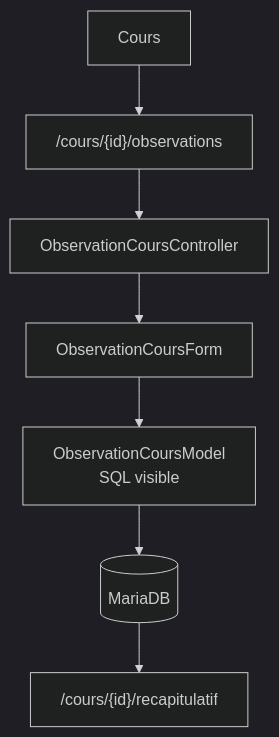
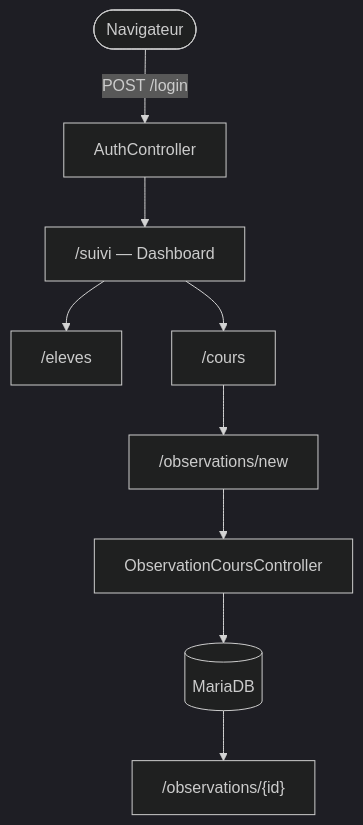
One commit to caucrogeGit/Forge changed the first of 2 diagrams in docs/starter-app-04-suivi-comportement-eleves.md. Above: the diagram before and after it, drawn with Mermaid (dark theme). The commit also changed other lines of this file and 3 other files, not shown here.

````diff
--- a/docs/starter-app-04-suivi-comportement-eleves.md
+++ b/docs/starter-app-04-suivi-comportement-eleves.md
@@ -79,9 +116,11 @@
 ```mermaid
 flowchart TD
-    A["Cours"] --> B["/cours/{id}/observations"]
-    B --> C["ObservationCoursController"]
-    C --> D["ObservationCoursForm"]
-    D --> E["ObservationCoursModel<br/>SQL visible"]
-    E --> F[(MariaDB)]
-    F --> G["/cours/{id}/recapitulatif"]
+    A([Navigateur]) -->|"POST /login"| B[AuthController]
+    B --> C["/suivi — Dashboard"]
+    C --> D["/eleves"]
+    C --> E["/cours"]
+    E --> F["/observations/new"]
+    F --> G["ObservationCoursController"]
+    G --> H[(MariaDB)]
+    H --> I["/observations/{id}"]
 ```
````
